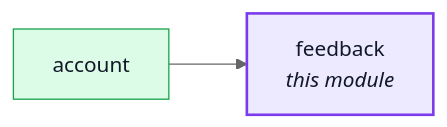
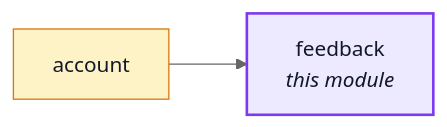
The first of 2 diagrams in docs/modules/feedback.md (Guebbit/boilerplate-node-backend), drawn with Mermaid (neutral theme) before and after one commit. The commit also changed 13 other files, not shown here.

````diff
--- a/docs/modules/feedback.md
+++ b/docs/modules/feedback.md
@@ -16,15 +16,15 @@
 ```mermaid
 %%{init: {'flowchart': {'nodeSpacing': 30, 'rankSpacing': 60}}}%%
 flowchart LR
     feedback["feedback<br/><i>this module</i>"]
     account["account"]
 
     account --> feedback
 
     classDef core fill:#dbeafe,stroke:#2563eb,color:#111827;
     classDef supporting fill:#fef3c7,stroke:#d97706,color:#111827;
     classDef generic fill:#dcfce7,stroke:#16a34a,color:#111827;
     classDef centre fill:#ede9fe,stroke:#7c3aed,stroke-width:2px,color:#111827;
-    class account generic;
+    class account supporting;
     class feedback centre;
 ```
````
